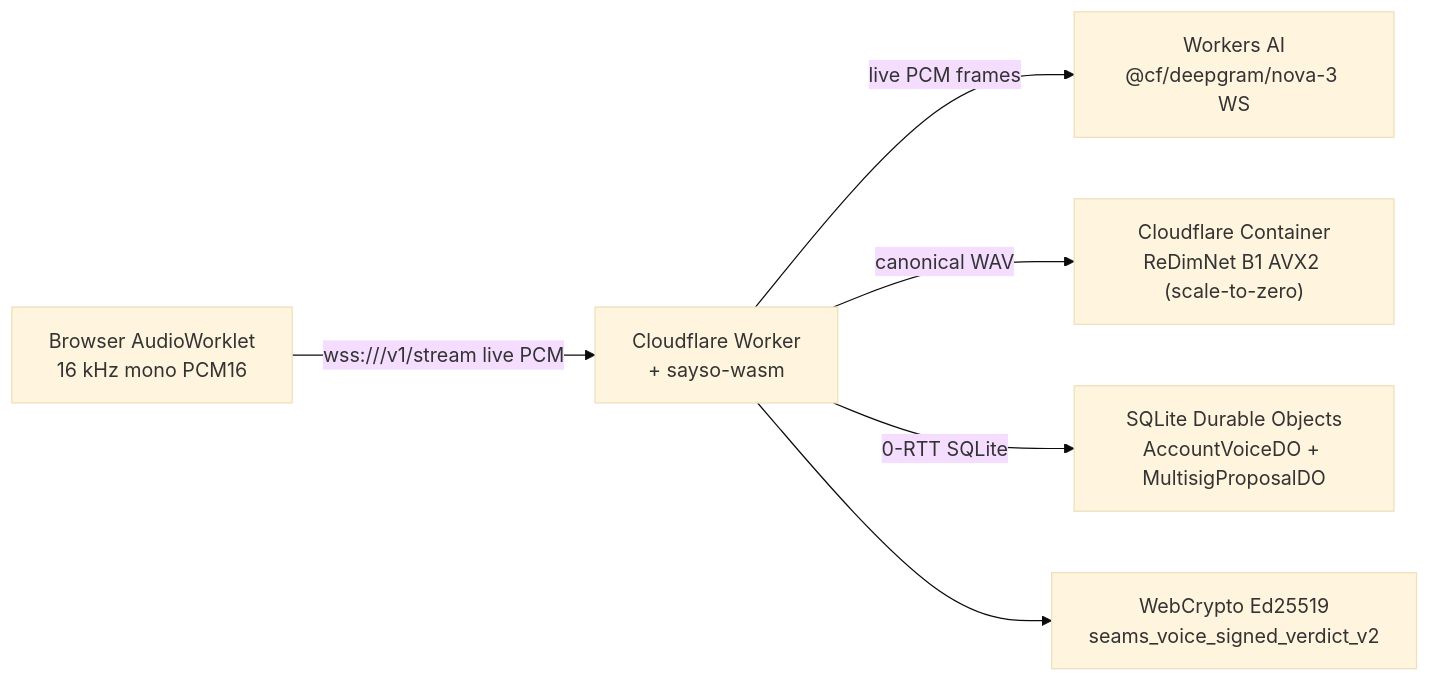
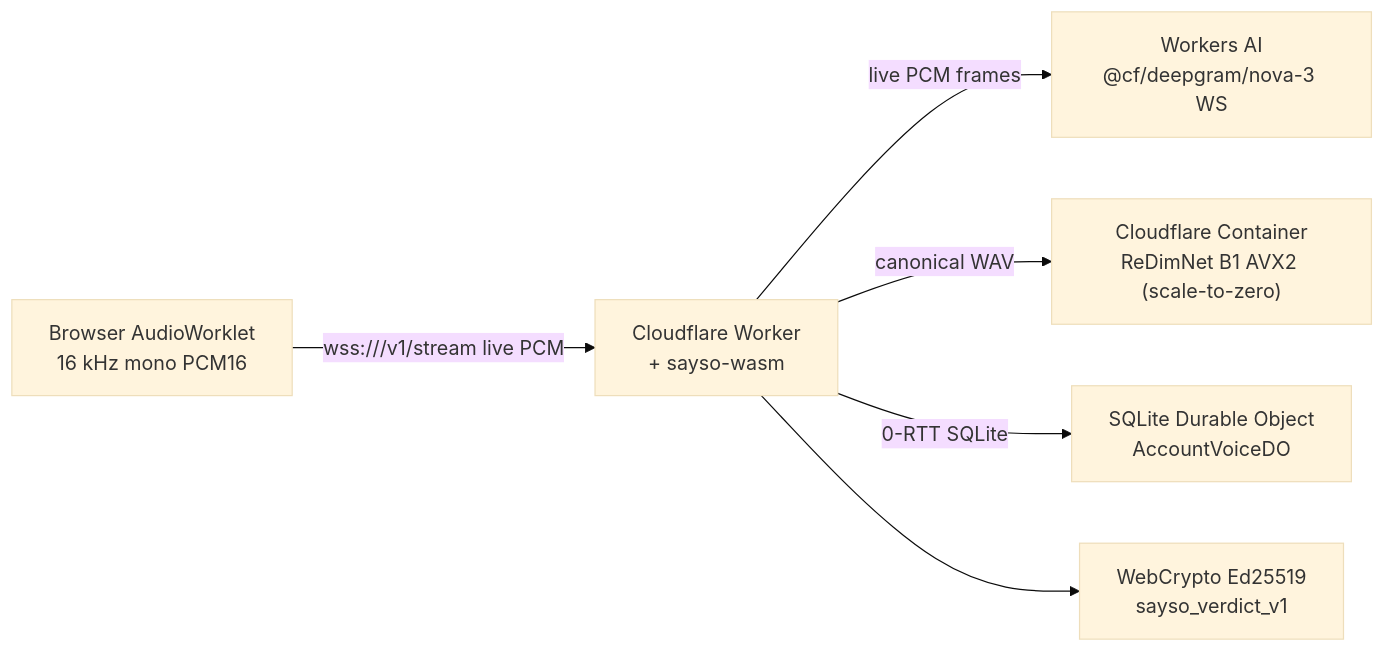
Before and after one commit to seams-tech/say-so: the diagram in README.md, drawn with Mermaid (base theme). The commit also changed other lines of this file and 148 other files, not shown here.

Commit message:
Remove NEAR/Web3 dependencies; switch to standalone sayso_verdict_v1 Ed25519 verdicts

````diff
--- a/README.md
+++ b/README.md
@@ -11,15 +13,15 @@
 ```mermaid
 flowchart LR
   Mic["Browser AudioWorklet<br/>16 kHz mono PCM16"]
   Worker["Cloudflare Worker<br/>+ sayso-wasm"]
   Nova["Workers AI<br/>@cf/deepgram/nova-3 WS"]
   Speaker["Cloudflare Container<br/>ReDimNet B1 AVX2 (scale-to-zero)"]
-  DO["SQLite Durable Objects<br/>AccountVoiceDO + MultisigProposalDO"]
-  Sign["WebCrypto Ed25519<br/>seams_voice_signed_verdict_v2"]
+  DO["SQLite Durable Object<br/>AccountVoiceDO"]
+  Sign["WebCrypto Ed25519<br/>sayso_verdict_v1"]
 
   Mic -->|"wss:///v1/stream live PCM"| Worker
   Worker -->|"live PCM frames"| Nova
   Worker -->|"canonical WAV"| Speaker
   Worker -->|"0-RTT SQLite"| DO
   Worker --> Sign
 ```
````
